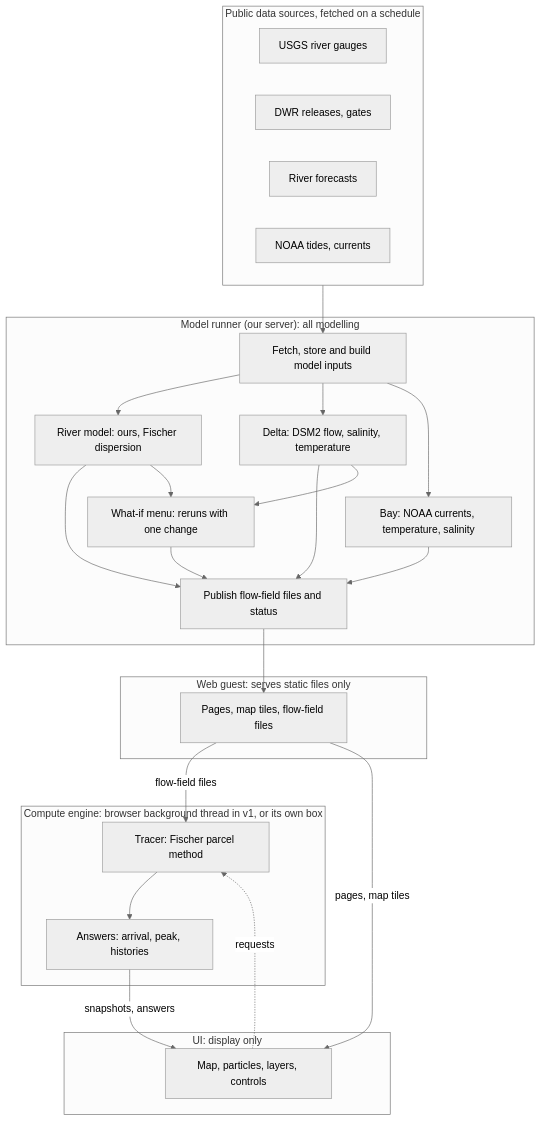
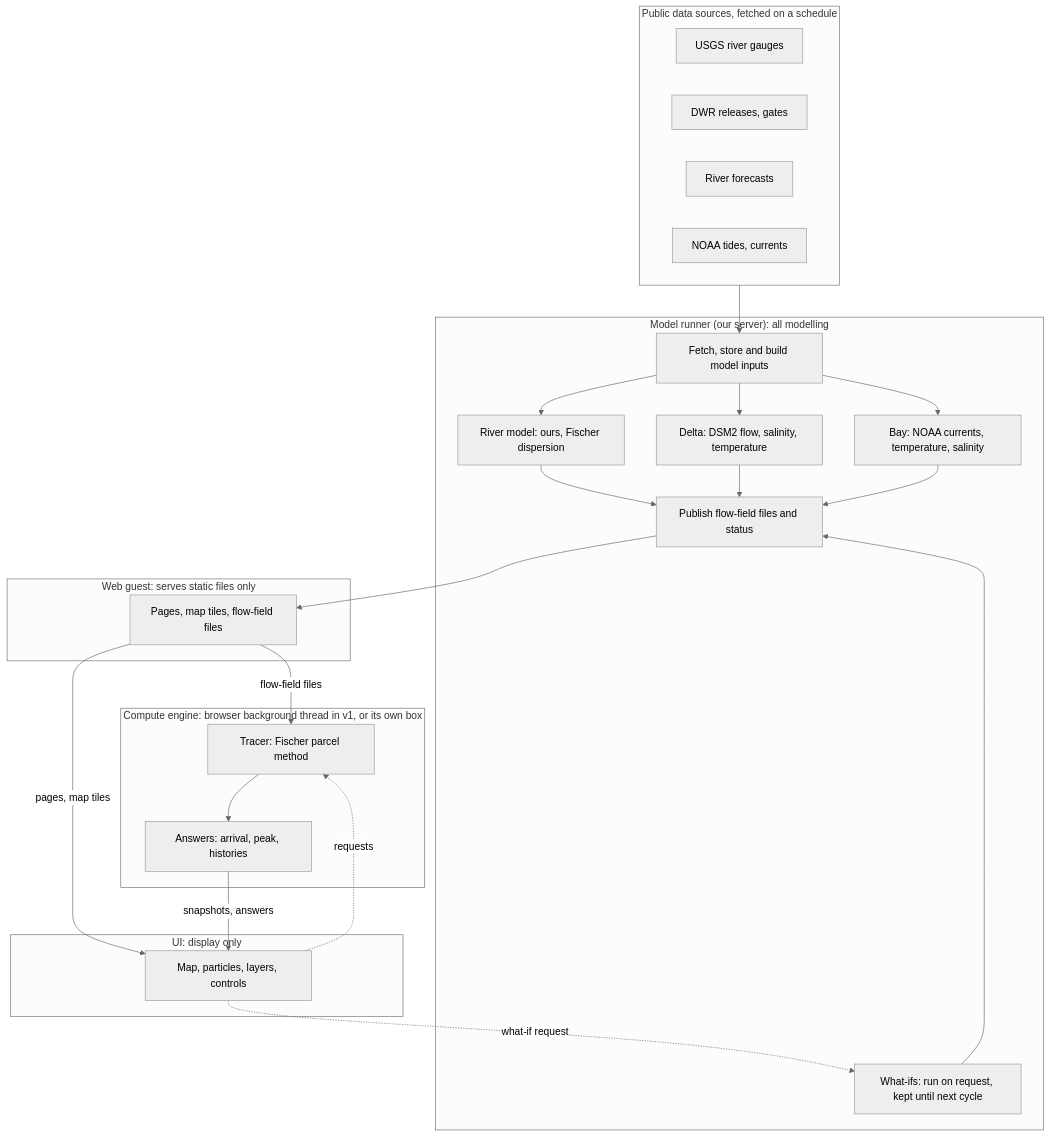
One commit to gavinfischer-keenan/FischerDeltaModelReturns changed the diagram in docs/specification.md. Above: the diagram before and after it, drawn with Mermaid (neutral theme). The commit also changed other lines of this file and 1 other file, not shown here.

First line of the commit message:
What-ifs run on request, never ahead of time

````diff
--- a/docs/specification.md
+++ b/docs/specification.md
@@ -217,40 +223,39 @@
 ```mermaid
 flowchart TB
   subgraph SRC["Public data sources, fetched on a schedule"]
     A1["USGS river gauges"]
     A2["DWR releases, gates"]
     A3["River forecasts"]
     A4["NOAA tides, currents"]
   end
   subgraph RUN["Model runner (our server): all modelling"]
     B1["Fetch, store and build model inputs"]
     B2["River model: ours, Fischer dispersion"]
     B3["Delta: DSM2 flow, salinity, temperature"]
     B4["Bay: NOAA currents, temperature, salinity"]
-    B6["What-if menu: reruns with one change"]
+    B6["What-ifs: run on request, kept until next cycle"]
     B5["Publish flow-field files and status"]
     B1 --> B2 --> B5
     B1 --> B3 --> B5
     B1 --> B4 --> B5
-    B2 --> B6
-    B3 --> B6
     B6 --> B5
   end
   subgraph WEB["Web guest: serves static files only"]
     C1["Pages, map tiles, flow-field files"]
   end
   subgraph CMP["Compute engine: browser background thread in v1, or its own box"]
     D2["Tracer: Fischer parcel method"]
     D3["Answers: arrival, peak, histories"]
     D2 --> D3
   end
   subgraph UI["UI: display only"]
     D1["Map, particles, layers, controls"]
   end
   SRC --> B1
   B5 --> C1
   C1 -- "flow-field files" --> D2
   C1 -- "pages, map tiles" --> D1
   D1 -. "requests" .-> D2
+  D1 -. "what-if request" .-> B6
   D3 -- "snapshots, answers" --> D1
 ```
````
